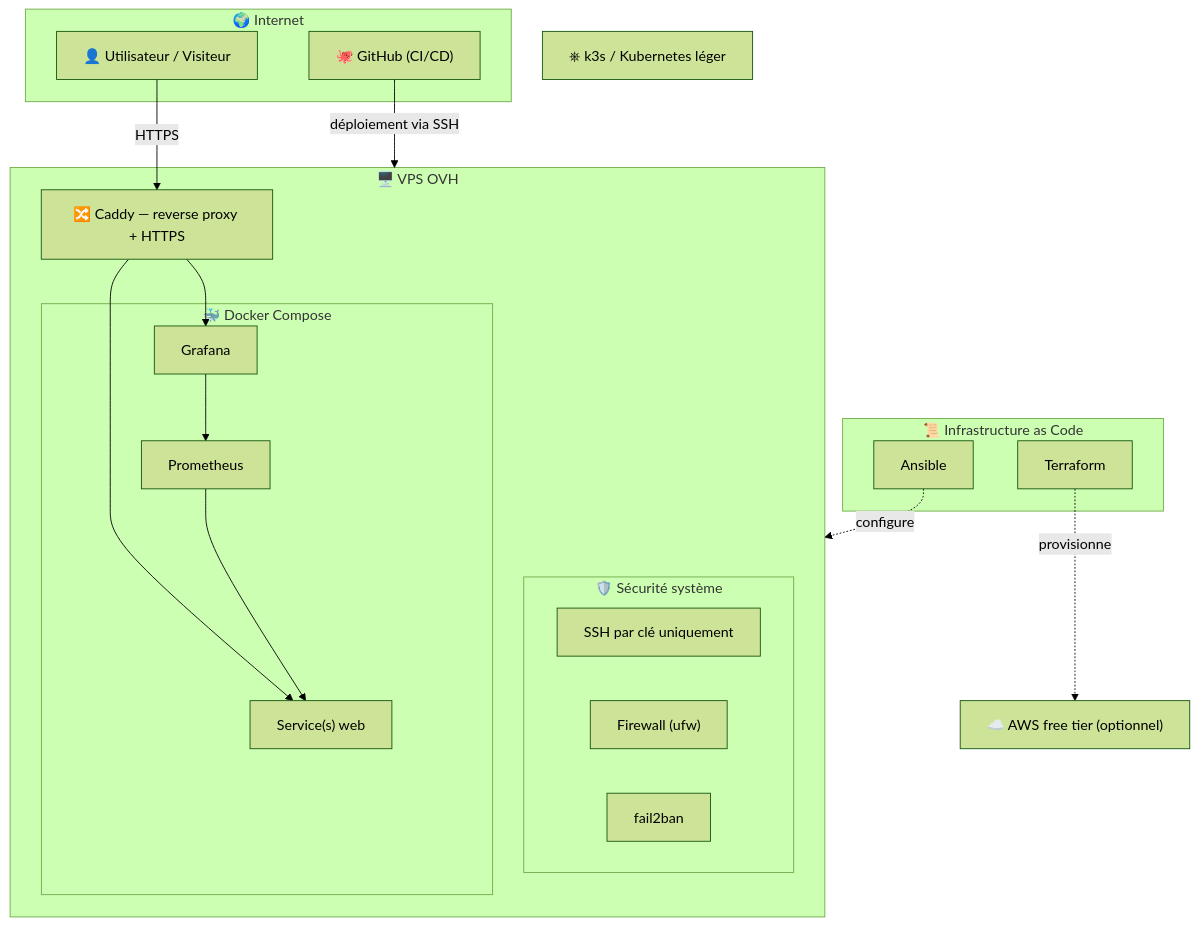
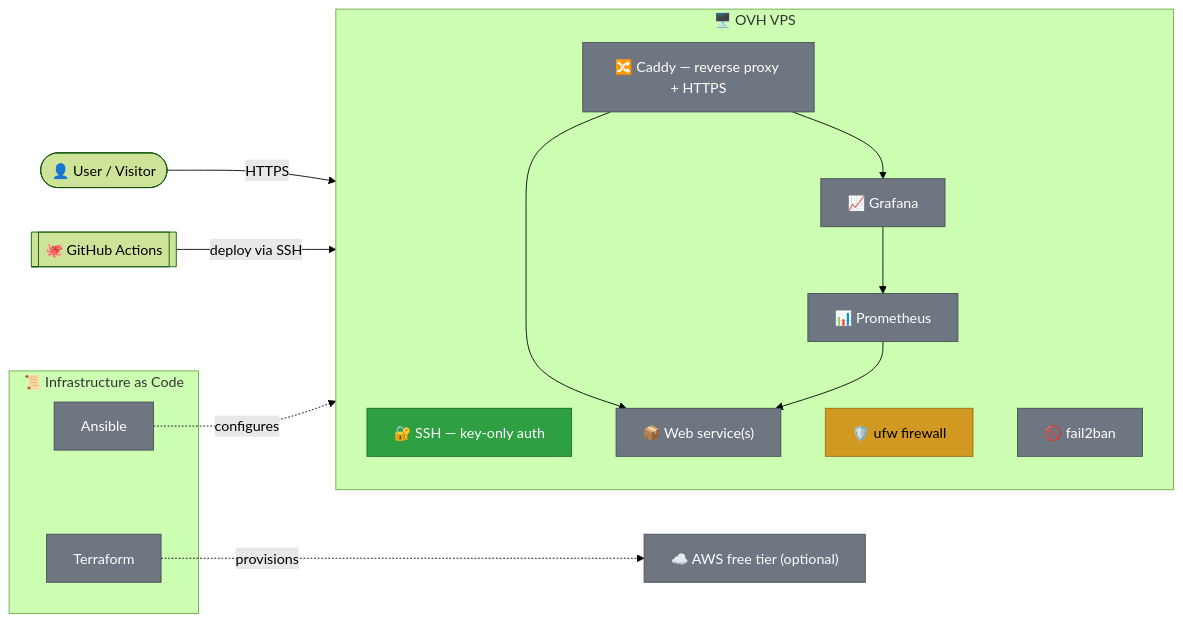
The diagram in README.md (SNZMTO/homelab), drawn with Mermaid (forest theme) before and after one commit. The commit also changed other lines of this file, not shown here.

````diff
--- a/README.md
+++ b/README.md
@@ -13,40 +13,40 @@
 ```mermaid
-flowchart TB
-    subgraph internet["🌍 Internet"]
-        user["👤 Utilisateur / Visiteur"]
-        gh["🐙 GitHub (CI/CD)"]
+flowchart LR
+    User(["👤 User / Visitor"])
+    GitHub[["🐙 GitHub Actions"]]
+
+    subgraph VPS["🖥️ OVH VPS"]
+        direction TB
+        SSH["🔐 SSH — key-only auth"]
+        FW["🛡️ ufw firewall"]
+        F2B["🚫 fail2ban"]
+        Caddy["🔀 Caddy — reverse proxy + HTTPS"]
+        App["📦 Web service(s)"]
+        Prom["📊 Prometheus"]
+        Graf["📈 Grafana"]
     end
 
-    subgraph vps["🖥️ VPS OVH"]
-        subgraph secu["🛡️ Sécurité système"]
-            ssh["SSH par clé uniquement"]
-            fw["Firewall (ufw)"]
-            f2b["fail2ban"]
-        end
-
-        caddy["🔀 Caddy — reverse proxy + HTTPS"]
-
-        subgraph docker["🐳 Docker Compose"]
-            app["Service(s) web"]
-            prom["Prometheus"]
-            graf["Grafana"]
-        end
+    subgraph IaC["📜 Infrastructure as Code"]
+        Ansible["Ansible"]
+        Terraform["Terraform"]
     end
 
-    subgraph iac["📜 Infrastructure as Code"]
-        ansible["Ansible"]
-        tf["Terraform"]
-    end
+    Cloud["☁️ AWS free tier (optional)"]
 
-    aws["☁️ AWS free tier (optionnel)"]
-    k3s["⎈ k3s / Kubernetes léger"]
+    User -->|HTTPS| Caddy
+    GitHub -->|deploy via SSH| VPS
+    Caddy --> App
+    Caddy --> Graf
+    Prom --> App
+    Graf --> Prom
+    Ansible -.configures.-> VPS
+    Terraform -.provisions.-> Cloud
 
-    user -->|HTTPS| caddy
-    gh -->|déploiement via SSH| vps
-    caddy --> app
-    caddy --> graf
-    prom --> app
-    graf --> prom
-    ansible -.configure.-> vps
-    tf -.provisionne.-> aws
+    classDef done fill:#2ea043,stroke:#1a6b2b,color:#fff
+    classDef inprogress fill:#d29922,stroke:#9a6d16,color:#000
+    classDef planned fill:#6e7681,stroke:#484f58,color:#fff
+
+    class SSH done
+    class FW inprogress
+    class F2B,Caddy,App,Prom,Graf,Ansible,Terraform,Cloud planned
 ```
````
